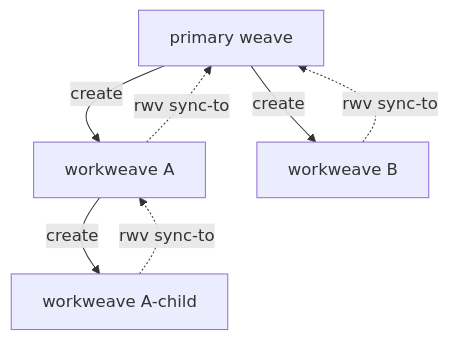
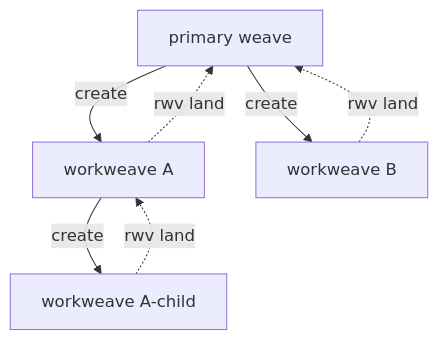
Before and after one commit to cwalv/repoweave: the diagram in docs/explanation/joints/workweave-hierarchy.md, drawn with Mermaid. The commit also changed other lines of this file and 169 other files, not shown here.

Commit message:
land replaces sync-to: lands a feature into its record's target

````diff
--- a/docs/explanation/joints/workweave-hierarchy.md
+++ b/docs/explanation/joints/workweave-hierarchy.md
@@ -40,15 +40,15 @@
 ```mermaid
 flowchart TD
     P[primary weave]
     A[workweave A]
     AC[workweave A-child]
     B[workweave B]
 
     P -->|create| A
     P -->|create| B
     A -->|create| AC
 
-    A -.->|rwv sync-to| P
-    B -.->|rwv sync-to| P
-    AC -.->|rwv sync-to| A
+    A -.->|rwv land| P
+    B -.->|rwv land| P
+    AC -.->|rwv land| A
 ```
````
